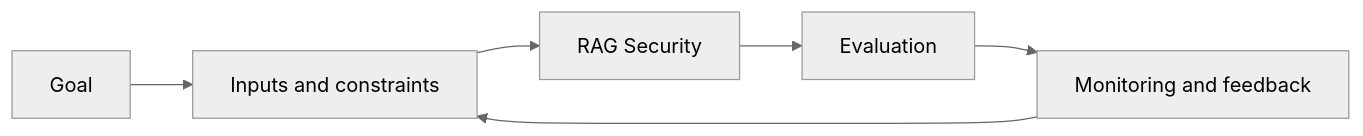
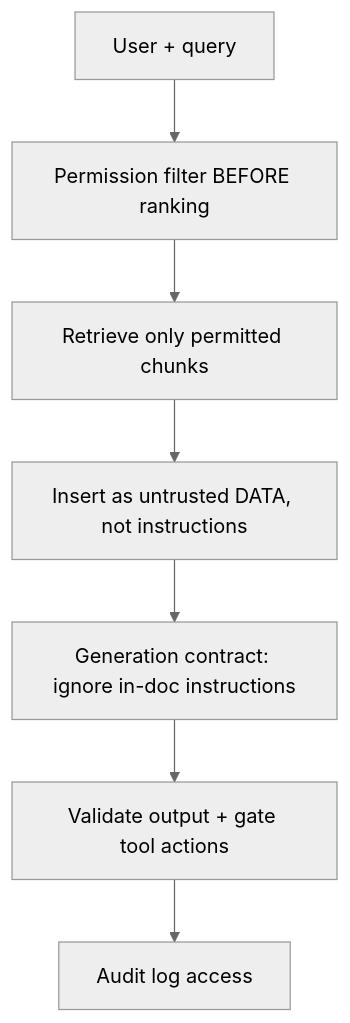
Before and after one commit to Icon1cc/Machine-Learning: the diagram in rag/13-rag-security.md, drawn with Mermaid (neutral theme). The commit also changed other lines of this file and 118 other files, not shown here.

````diff
--- a/rag/13-rag-security.md
+++ b/rag/13-rag-security.md
@@ -93,8 +73,9 @@
 ```mermaid
-flowchart LR
-    A[Goal] --> B[Inputs and constraints]
-    B --> C[RAG Security]
-    C --> D[Evaluation]
-    D --> E[Monitoring and feedback]
-    E --> B
+flowchart TD
+    A[User + query] --> B[Permission filter BEFORE ranking]
+    B --> C[Retrieve only permitted chunks]
+    C --> D[Insert as untrusted DATA, not instructions]
+    D --> E[Generation contract: ignore in-doc instructions]
+    E --> F[Validate output + gate tool actions]
+    F --> G[Audit log access]
 ```
````
